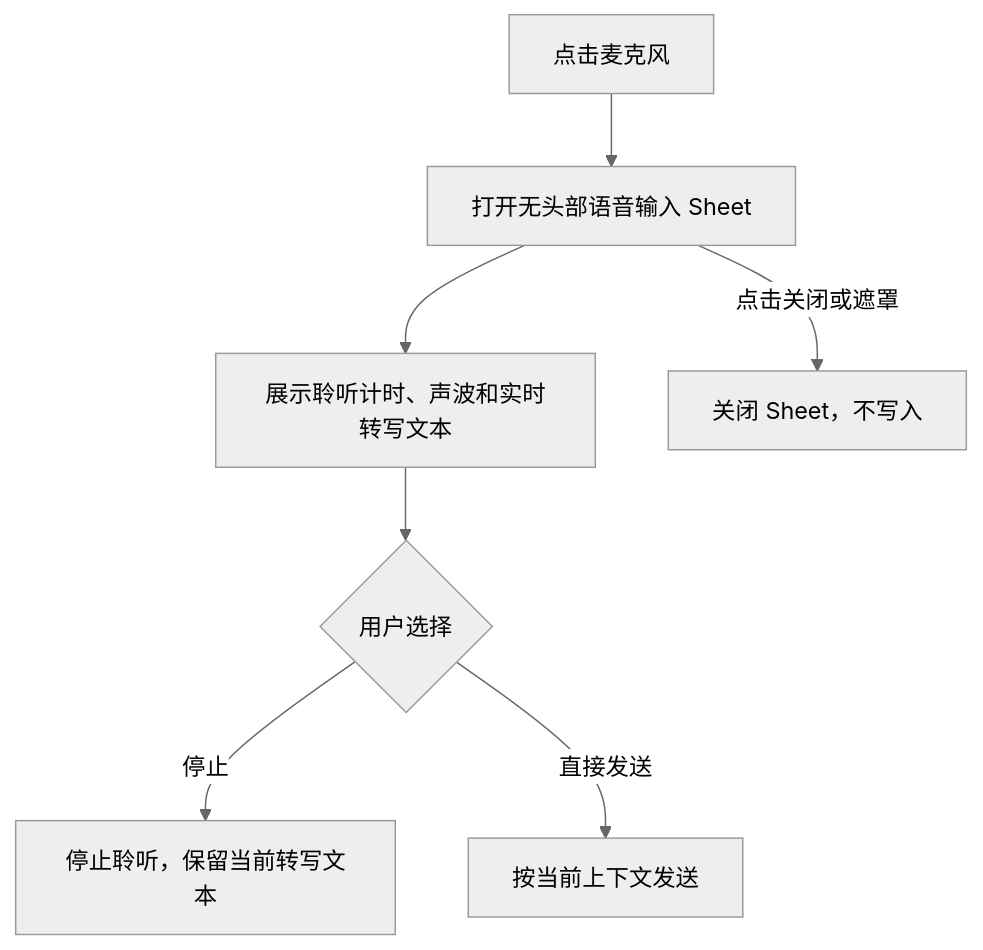
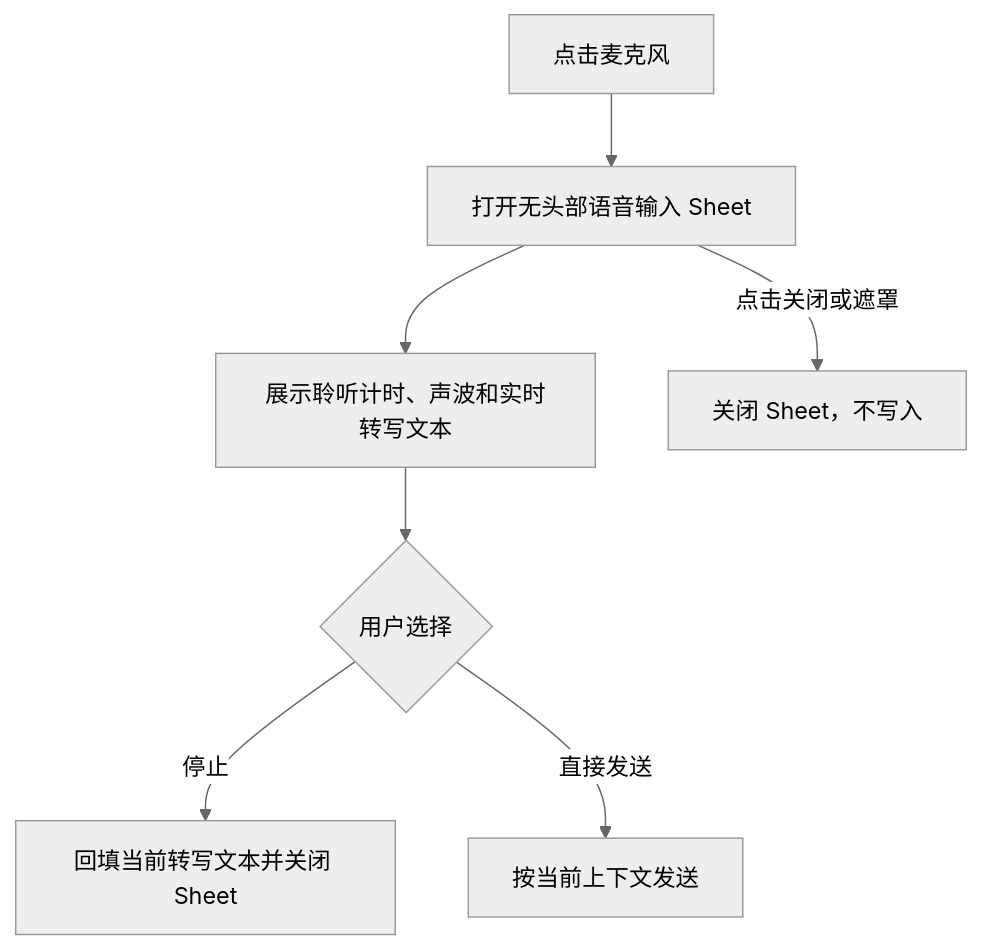
The fourth of 5 diagrams in dora-mobile-newux/interaction-spec.md (zui-luo/dorauxdemo), drawn with Mermaid (neutral theme) before and after one commit. The commit also changed other lines of this file and 1 other file, not shown here.

````diff
--- a/dora-mobile-newux/interaction-spec.md
+++ b/dora-mobile-newux/interaction-spec.md
@@ -131,9 +135,9 @@
 ```mermaid
 flowchart TD
   A["点击麦克风"] --> B["打开无头部语音输入 Sheet"]
   B --> C["展示聆听计时、声波和实时转写文本"]
   C --> D{"用户选择"}
-  D -->|"停止"| E["停止聆听，保留当前转写文本"]
+  D -->|"停止"| E["回填当前转写文本并关闭 Sheet"]
   D -->|"直接发送"| F["按当前上下文发送"]
   B -->|"点击关闭或遮罩"| G["关闭 Sheet，不写入"]
 ```
````
